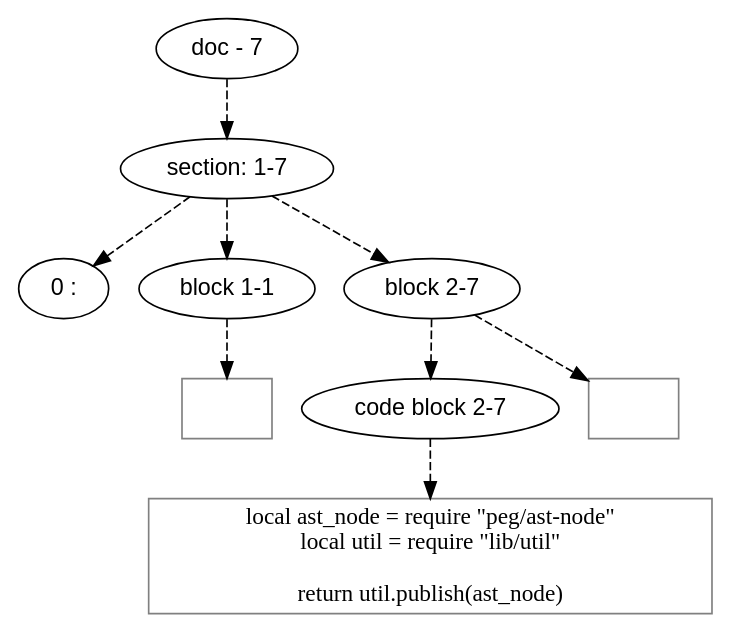
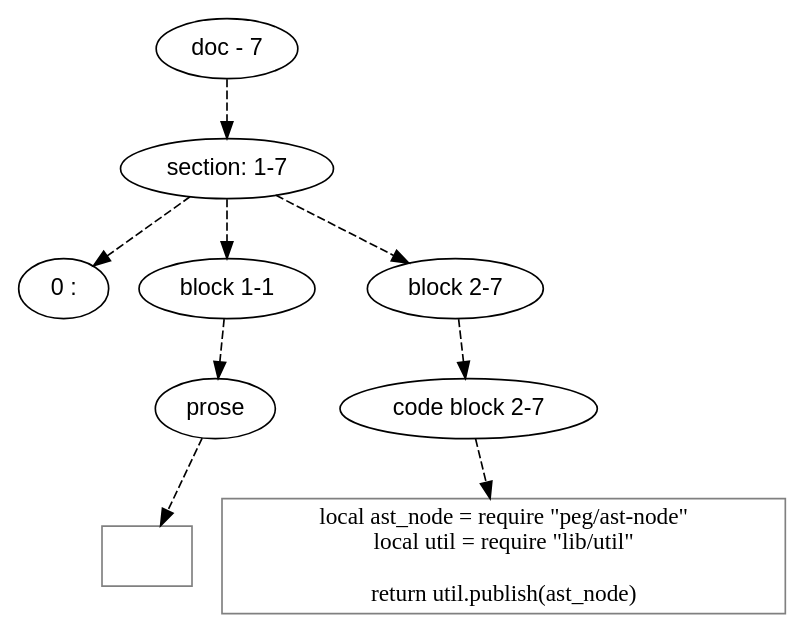
Before and after one commit to mnemnion/orb: the diagram in doc/dot/peg/ast.dot, drawn with Graphviz. The commit also changed 120 other files, not shown here.

```diff
--- a/doc/dot/peg/ast.dot
+++ b/doc/dot/peg/ast.dot
@@ -1,41 +1,45 @@
 digraph hierarchy {
 
 node [fontname=Helvetica]
 edge [style=dashed]
 
 doc_0 [label="doc - 7"]
 
 
 doc_0 -> { section_1}
 {rank=same; section_1}
 
 section_1 [label="section: 1-7"]
 
 
 section_1 -> { header_2 block_3 block_4}
 {rank=same; header_2 block_3 block_4}
 
 header_2 [label="0 : "]
 
 block_3 [label="block 1-1"]
 
 block_4 [label="block 2-7"]
 
 
-block_3 -> leaf_5
-leaf_5  [color=Gray,shape=rectangle,fontname=Inconsolata,label=""]
-block_4 -> { codeblock_6}
-{rank=same; codeblock_6}
+block_3 -> { prose_5}
+{rank=same; prose_5}
 
-codeblock_6 [label="code block 2-7"]
+prose_5 [label="prose"]
 
 
-codeblock_6 -> leaf_7
-leaf_7  [color=Gray,shape=rectangle,fontname=Inconsolata,label="local ast_node = require \"peg/ast-node\"
+prose_5 -> leaf_6
+leaf_6  [color=Gray,shape=rectangle,fontname=Inconsolata,label=""]
+block_4 -> { codeblock_7}
+{rank=same; codeblock_7}
+
+codeblock_7 [label="code block 2-7"]
+
+
+codeblock_7 -> leaf_8
+leaf_8  [color=Gray,shape=rectangle,fontname=Inconsolata,label="local ast_node = require \"peg/ast-node\"
 local util = require \"lib/util\"
 
 return util.publish(ast_node)"]
-block_4 -> leaf_8
-leaf_8  [color=Gray,shape=rectangle,fontname=Inconsolata,label=""]
 
 }
```
